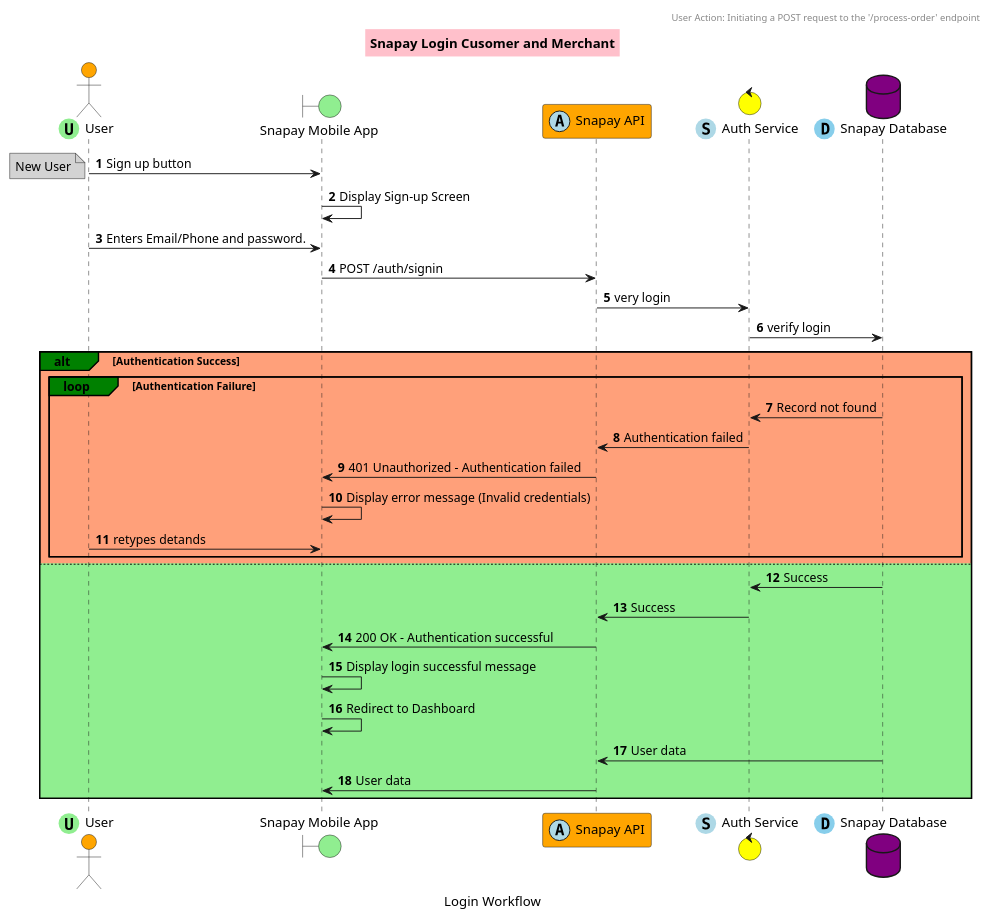
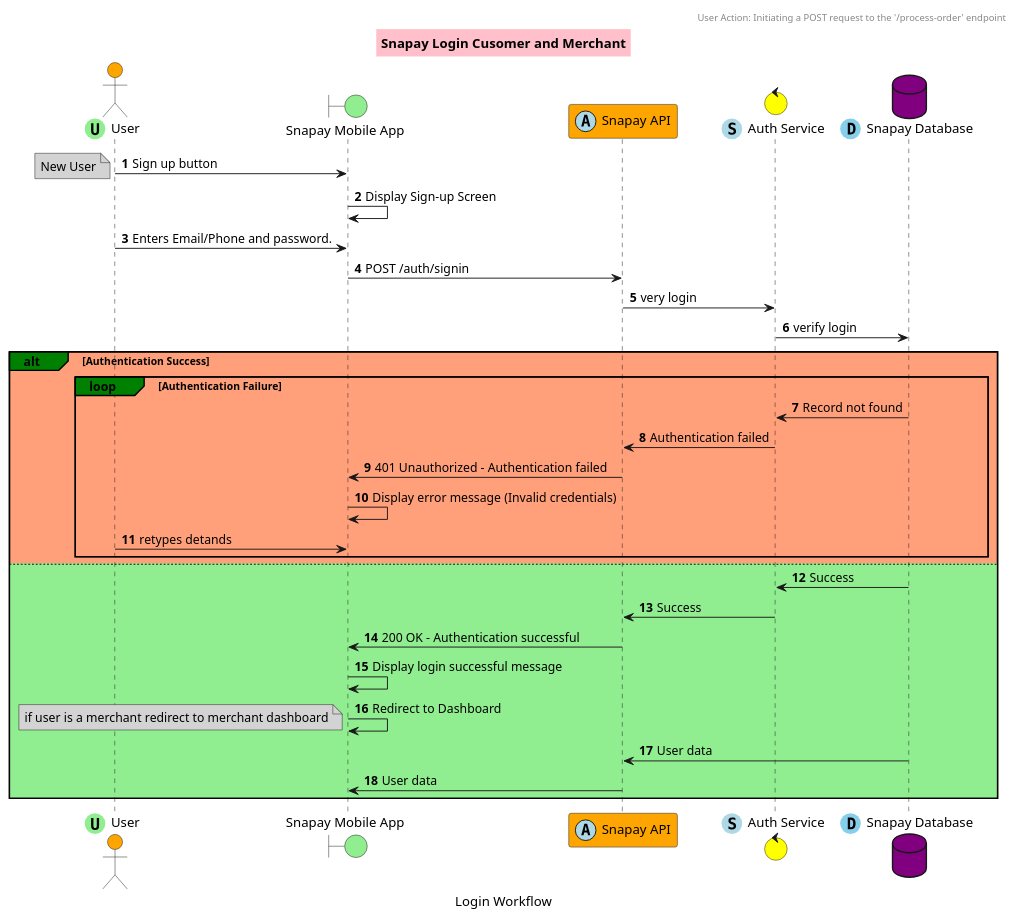
One commit to st-Michael/Brief-and-Architecture-for-QR-and-Merchant-Payment-integration---online-store changed the diagram in snapay/login.puml. Above: the diagram before and after it, drawn with PlantUML.

Commit message:
snapay login modified login sequence

```diff
--- a/snapay/login.puml
+++ b/snapay/login.puml
@@ -1,51 +1,52 @@
 @startuml
 autonumber
 
 title Snapay Login Cusomer and Merchant
 
 header
     User Action: Initiating a POST request to the '/process-order' endpoint
 endheader
 
 caption Login Workflow
 
 
 skinparam NoteBackgroundColor #LightGrey
 skinparam TitleBackgroundColor #Pink
 skinparam ParticipantBackgroundColor #Orange
 skinparam ActorBackgroundColor #Orange
 skinparam DatabaseBackgroundColor #Purple
 skinparam BoundaryBackgroundColor #LightGreen
 skinparam ControlBackgroundColor #Yellow
 
 actor User <<(U, LightGreen)>>
 boundary "Snapay Mobile App" as UI
 participant "Snapay API" as API <<(A, LightBlue)>>
 control "Auth Service" as AuthService <<(S, LightBlue)>>
 database "Snapay Database" as Database <<(D, SkyBlue)>>
 
 User -> UI : Sign up button
 note left : New User
 UI -> UI  : Display Sign-up Screen
 User -> UI : Enters Email/Phone and password.
 UI -> API : POST /auth/signin
         API -> AuthService : very login
         AuthService -> Database : verify login
     alt#green #LightSalmon Authentication Success
          loop#Green  Authentication Failure
             Database -> AuthService  : Record not found
             AuthService -> API : Authentication failed
             API -> UI : 401 Unauthorized - Authentication failed
             UI -> UI  : Display error message (Invalid credentials)
             User -> UI : retypes detands    
         end
     else #LightGreen
         Database -> AuthService : Success
         AuthService -> API: Success
         API -> UI : 200 OK - Authentication successful
         UI -> UI  : Display login successful message
         UI -> UI : Redirect to Dashboard
+        note left : if user is a merchant redirect to merchant dashboard
         Database -> API : User data
         API -> UI  : User data
     end
 @enduml
```
